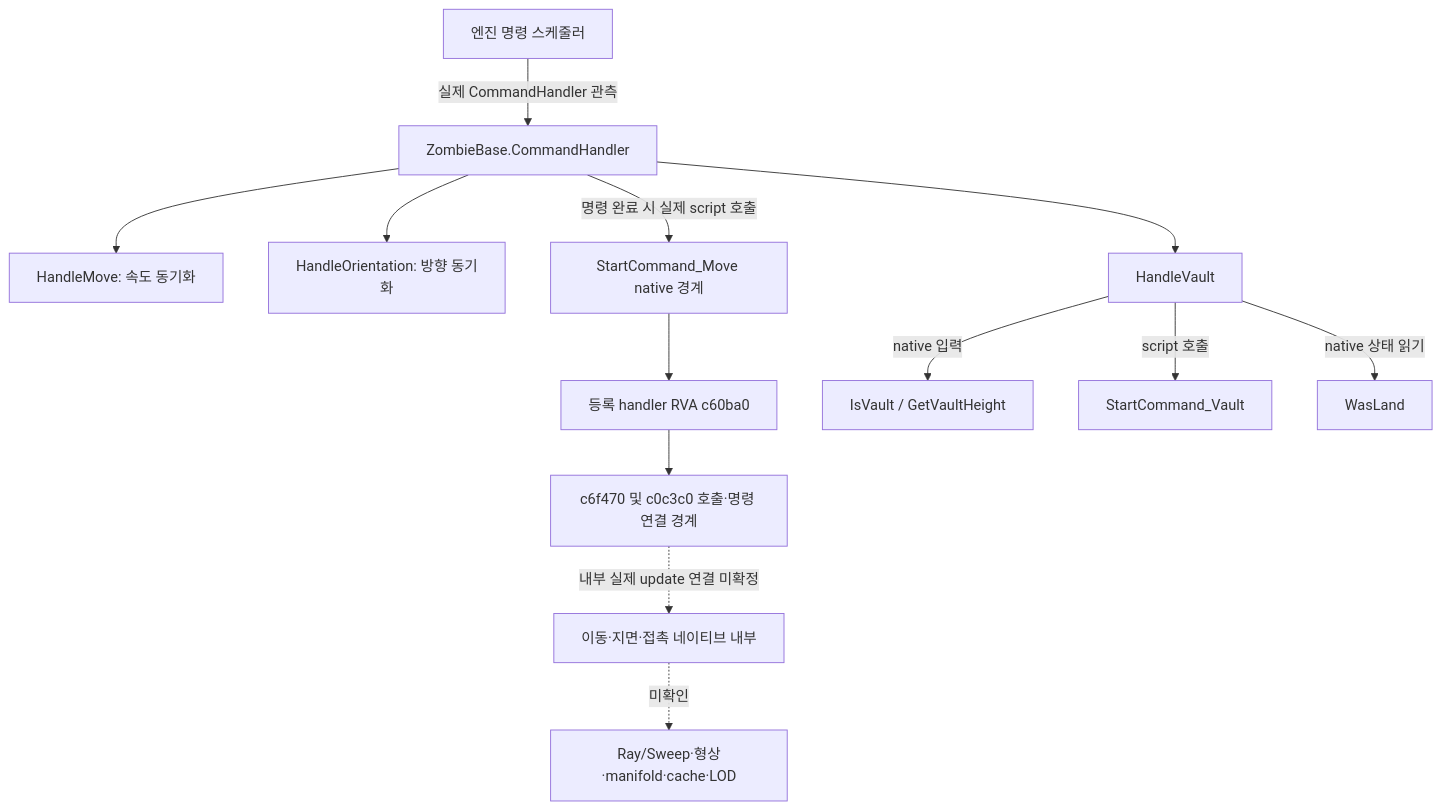
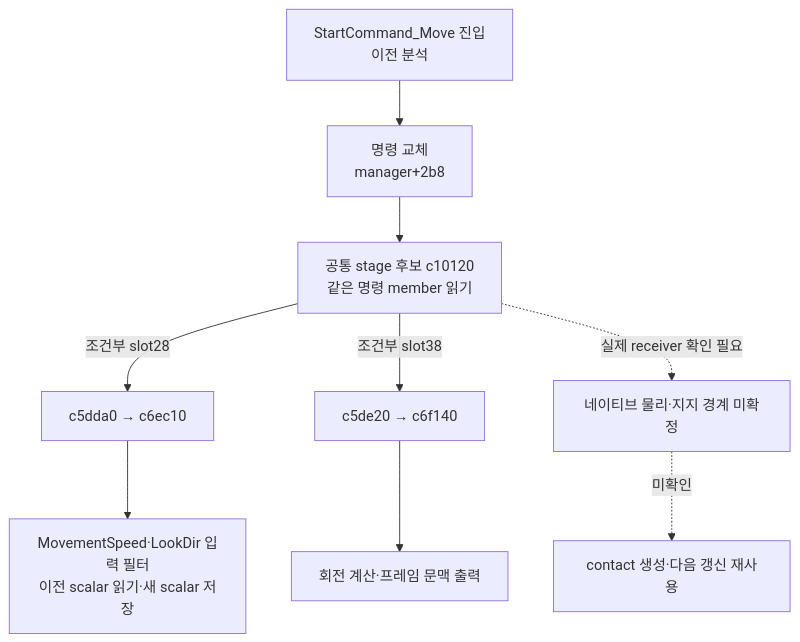
One commit to colskigurt/dayz-npc-public-data changed the diagram in reports/operations-latest.md. Above: the diagram before and after it, drawn with Mermaid. The commit also changed other lines of this file and 6 other files, not shown here.

Commit message:
Trace vanilla Move stages and distinguish filter persistence from contact caching

````diff
--- a/reports/operations-latest.md
+++ b/reports/operations-latest.md
@@ -17,15 +23,11 @@
 ```mermaid
 flowchart TD
-    E[엔진 명령 스케줄러] -->|실제 CommandHandler 관측| S[ZombieBase.CommandHandler]
-    S --> M[HandleMove: 속도 동기화]
-    S --> O[HandleOrientation: 방향 동기화]
-    S -->|명령 완료 시 실제 script 호출| N[StartCommand_Move native 경계]
-    N --> H[등록 handler RVA c60ba0]
-    H --> C[c6f470 및 c0c3c0 호출·명령 연결 경계]
-    C -. 내부 실제 update 연결 미확정 .-> U[이동·지면·접촉 네이티브 내부]
-    U -. 미확인 .-> Q[Ray/Sweep·형상·manifold·cache·LOD]
-    S --> V[HandleVault]
-    V -->|native 입력| I[IsVault / GetVaultHeight]
-    V -->|script 호출| W[StartCommand_Vault]
-    V -->|native 상태 읽기| L[WasLand]
+    A[StartCommand_Move 진입<br/>이전 분석] --> B[명령 교체<br/>manager+2b8]
+    B --> C[공통 stage 후보 c10120<br/>같은 명령 member 읽기]
+    C -->|조건부 slot28| D[c5dda0 → c6ec10]
+    C -->|조건부 slot38| E[c5de20 → c6f140]
+    D --> F[MovementSpeed·LookDir 입력 필터<br/>이전 scalar 읽기·새 scalar 저장]
+    E --> G[회전 계산·프레임 문맥 출력]
+    C -. 실제 receiver 확인 필요 .-> H[네이티브 물리·지지 경계 미확정]
+    H -. 미확인 .-> I[contact 생성·다음 갱신 재사용]
 ```
````
